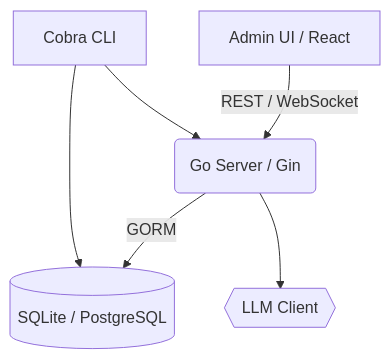
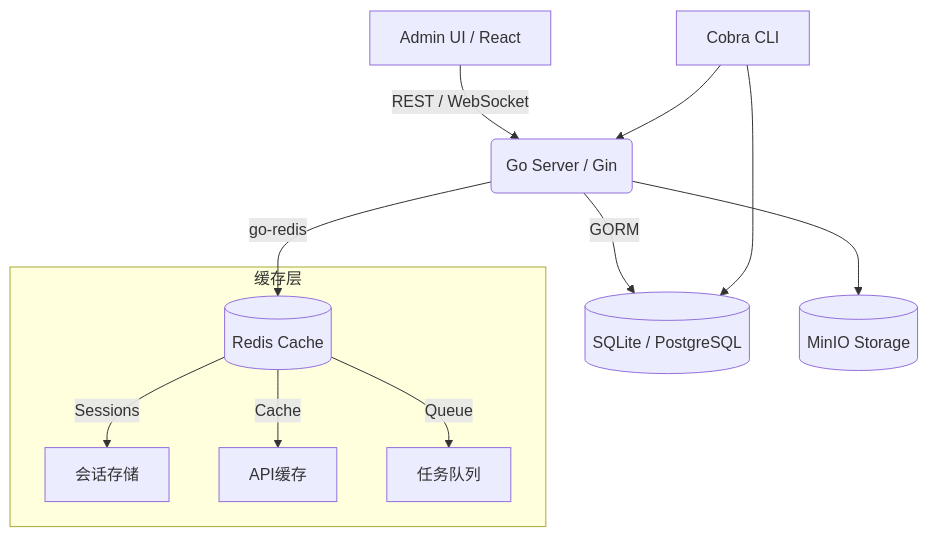
The diagram in README.md (wssab314/go-vibe-friend), drawn with Mermaid before and after one commit. The commit also changed other lines of this file and 697 other files, not shown here.

````diff
--- a/README.md
+++ b/README.md
@@ -172,8 +172,15 @@
 ```mermaid
 graph TD
     A[Admin UI / React] -->|REST / WebSocket| B(Go Server / Gin)
     B -->|GORM| C[(SQLite / PostgreSQL)]
-    B --> D{{LLM Client}}
+    B -->|go-redis| R[(Redis Cache)]
+    B --> M[(MinIO Storage)]
     CLI[Cobra CLI] --> C
     CLI --> B
+    
+    subgraph "缓存层"
+        R --> |Sessions| R1[会话存储]
+        R --> |Cache| R2[API缓存]
+        R --> |Queue| R3[任务队列]
+    end
 ```
````
